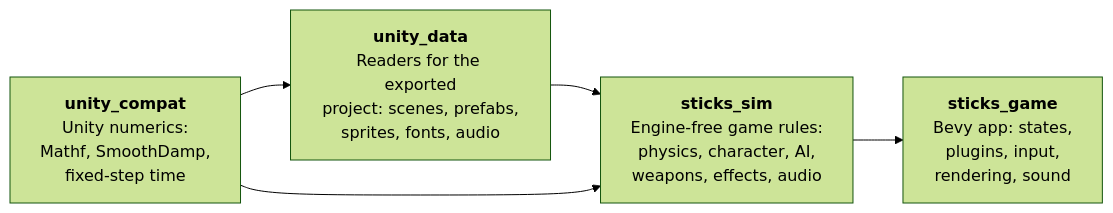
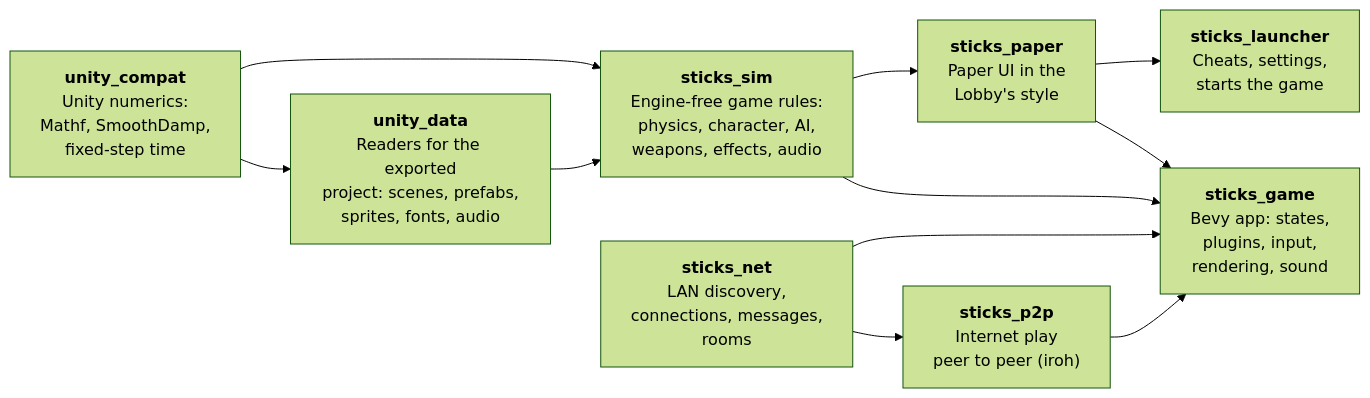
Before and after one commit to STALKERLOVESONG/stick-em-up-2-bevy: the diagram in README.md, drawn with Mermaid (forest theme). The commit also changed other lines of this file and 25 other files, not shown here.

Commit message:
Online rooms, paper UI kit, launcher settings, Steam setup script, packaging, new README

````diff
--- a/README.md
+++ b/README.md
@@ -49,9 +52,17 @@
 ```mermaid
 flowchart LR
     compat["<b>unity_compat</b><br/>Unity numerics:<br/>Mathf, SmoothDamp,<br/>fixed-step time"]
     data["<b>unity_data</b><br/>Readers for the exported<br/>project: scenes, prefabs,<br/>sprites, fonts, audio"]
     sim["<b>sticks_sim</b><br/>Engine-free game rules:<br/>physics, character, AI,<br/>weapons, effects, audio"]
+    net["<b>sticks_net</b><br/>LAN discovery,<br/>connections, messages,<br/>rooms"]
+    p2p["<b>sticks_p2p</b><br/>Internet play<br/>peer to peer (iroh)"]
+    paper["<b>sticks_paper</b><br/>Paper UI in the<br/>Lobby's style"]
     game["<b>sticks_game</b><br/>Bevy app: states,<br/>plugins, input,<br/>rendering, sound"]
+    launcher["<b>sticks_launcher</b><br/>Cheats, settings,<br/>starts the game"]
     compat --> data --> sim --> game
     compat --> sim
+    net --> p2p --> game
+    net --> game
+    sim --> paper --> game
+    paper --> launcher
 ```
````
